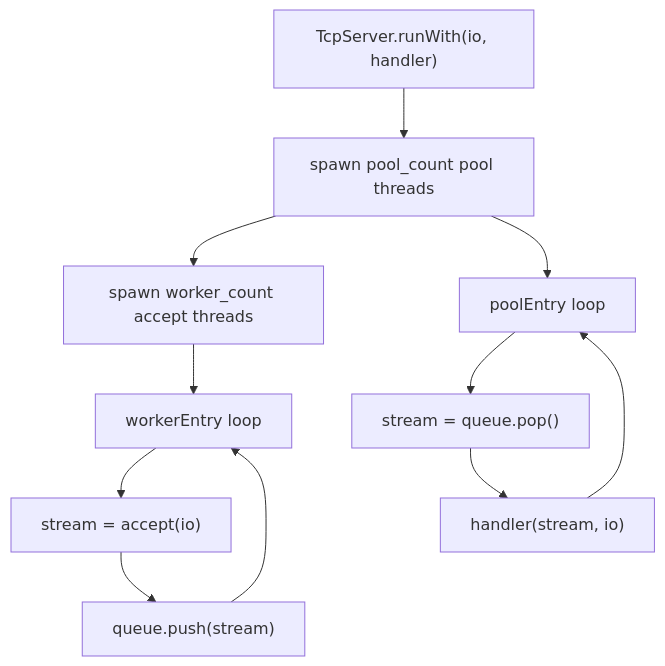
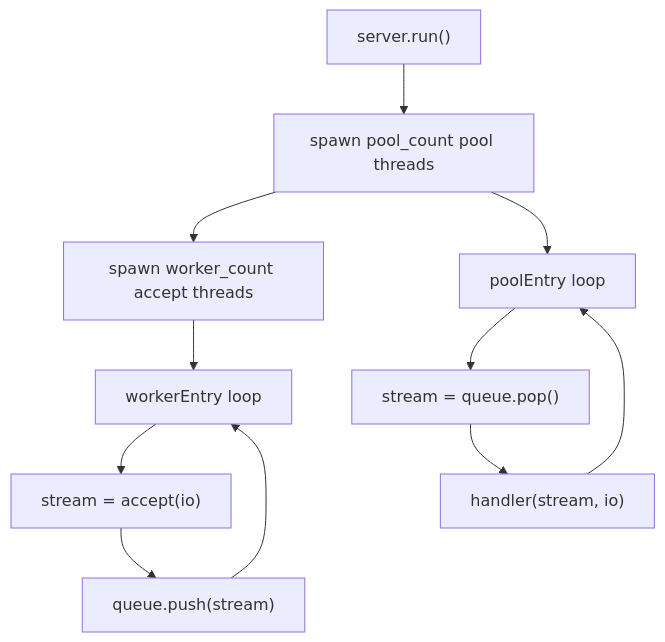
Before and after one commit to prothegee/zix: the first of 4 diagrams in docs/hld-tcp-en.md, drawn with Mermaid. The commit also changed other lines of this file and 21 other files, not shown here.

````diff
--- a/docs/hld-tcp-en.md
+++ b/docs/hld-tcp-en.md
@@ -77,13 +96,13 @@
 ```mermaid
 flowchart TD
-    A["TcpServer.runWith(io, handler)"] --> B["spawn pool_count pool threads"]
+    A["server.run()"] --> B["spawn pool_count pool threads"]
     B --> C["spawn worker_count accept threads"]
     C --> D["workerEntry loop"]
     D --> E["stream = accept(io)"]
     E --> F["queue.push(stream)"]
     F --> D
     B --> G["poolEntry loop"]
     G --> H["stream = queue.pop()"]
     H --> I["handler(stream, io)"]
     I --> G
 ```
````
